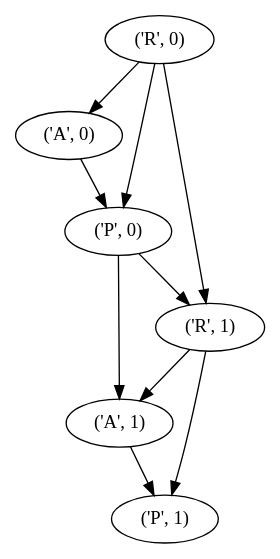
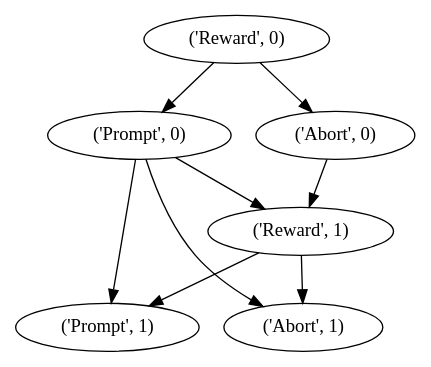
Before and after one commit to ercarpio/SG_DBN: the diagram in output/network.dot, drawn with Graphviz. The commit also changed 6 other files, not shown here.

```diff
--- a/output/network.dot
+++ b/output/network.dot
@@ -1,17 +1,16 @@
 strict digraph  {
-"('A', 1)" [weight=None];
-"('A', 0)" [weight=None];
-"('P', 0)" [weight=None];
-"('P', 1)" [weight=None];
-"('R', 0)" [weight=None];
-"('R', 1)" [weight=None];
-"('A', 1)" -> "('P', 1)"  [weight=None];
-"('A', 0)" -> "('P', 0)"  [weight=None];
-"('P', 0)" -> "('A', 1)"  [weight=None];
-"('P', 0)" -> "('R', 1)"  [weight=None];
-"('R', 0)" -> "('R', 1)"  [weight=None];
-"('R', 0)" -> "('P', 0)"  [weight=None];
-"('R', 0)" -> "('A', 0)"  [weight=None];
-"('R', 1)" -> "('A', 1)"  [weight=None];
-"('R', 1)" -> "('P', 1)"  [weight=None];
+"('Reward', 0)" [weight=None];
+"('Reward', 1)" [weight=None];
+"('Abort', 0)" [weight=None];
+"('Abort', 1)" [weight=None];
+"('Prompt', 1)" [weight=None];
+"('Prompt', 0)" [weight=None];
+"('Reward', 0)" -> "('Abort', 0)"  [weight=None];
+"('Reward', 0)" -> "('Prompt', 0)"  [weight=None];
+"('Reward', 1)" -> "('Abort', 1)"  [weight=None];
+"('Reward', 1)" -> "('Prompt', 1)"  [weight=None];
+"('Abort', 0)" -> "('Reward', 1)"  [weight=None];
+"('Prompt', 0)" -> "('Abort', 1)"  [weight=None];
+"('Prompt', 0)" -> "('Prompt', 1)"  [weight=None];
+"('Prompt', 0)" -> "('Reward', 1)"  [weight=None];
 }
```
